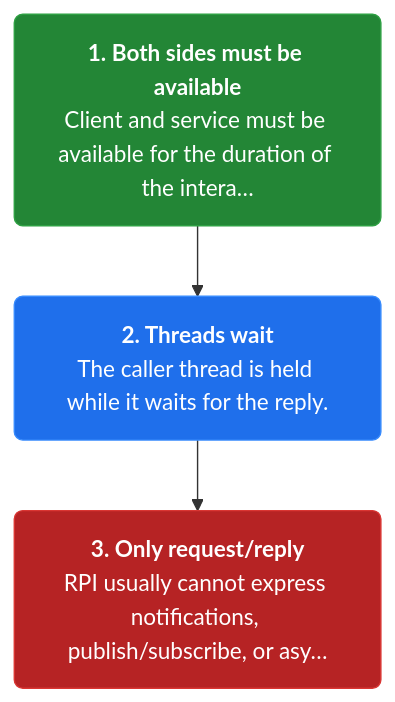
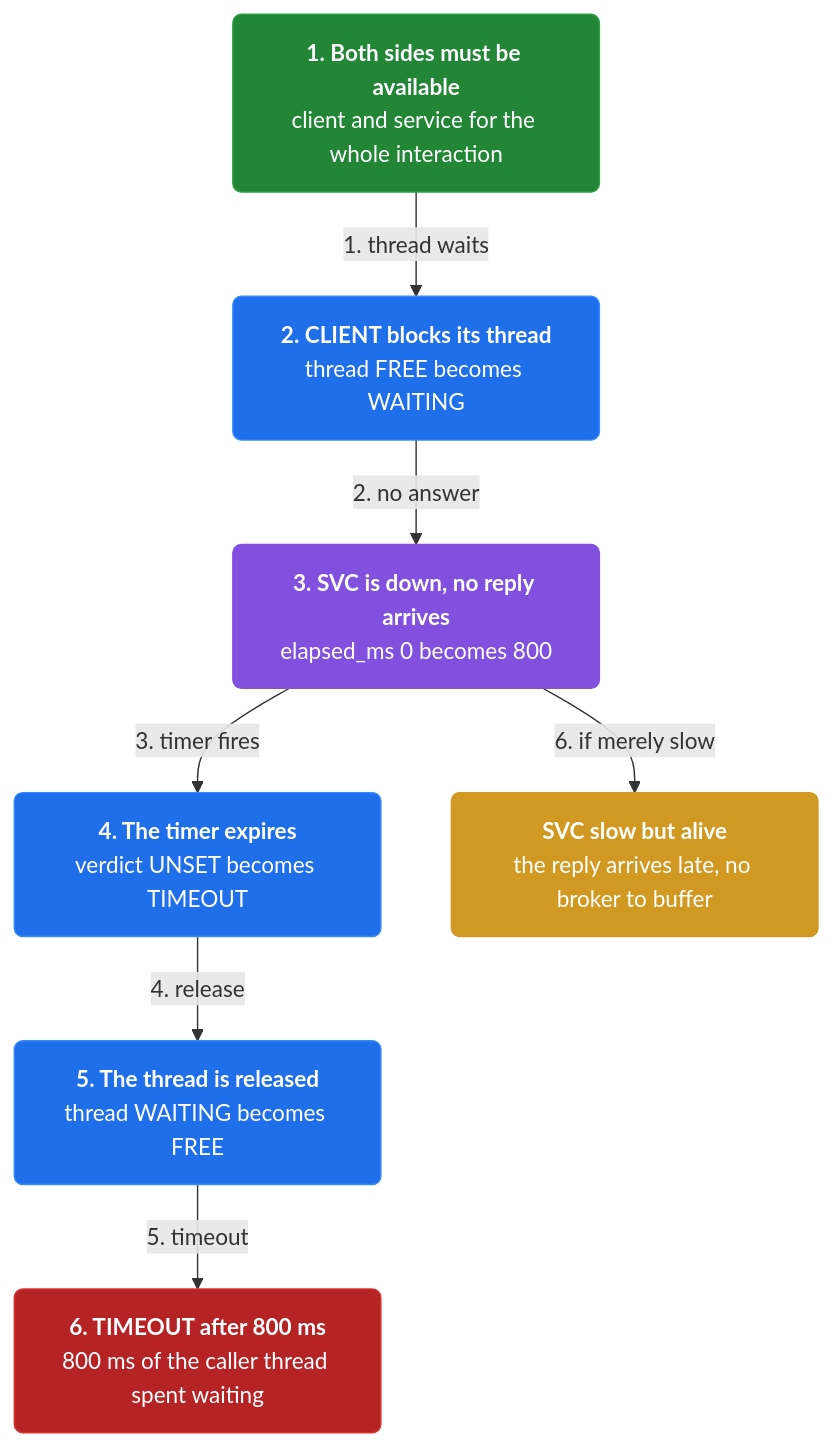
Before and after one commit to vinayakuber/microservices-io-study-guide: the third of 4 diagrams in docs/ch06-remote-procedure-invocation.md, drawn with Mermaid. The commit also changed other lines of this file and 46 other files, not shown here.

First line of the commit message:
Author rich branching flow diagrams for all 44 chapters

````diff
--- a/docs/ch06-remote-procedure-invocation.md
+++ b/docs/ch06-remote-procedure-invocation.md
@@ -94,11 +123,21 @@
 ```mermaid
 flowchart TD
-  classDef step fill:#1f6feb,color:#ffffff,stroke:#388bfd,stroke-width:1px,rx:6
+  classDef step fill:#1f6feb,color:#ffffff,stroke:#388bfd,rx:6
+  classDef core fill:#8250df,color:#ffffff,stroke:#8250df,rx:6
+  classDef warn fill:#d29922,color:#ffffff,stroke:#d29922,rx:6
   classDef start fill:#238636,color:#ffffff,stroke:#2ea043,rx:6
   classDef stop fill:#b62324,color:#ffffff,stroke:#da3633,rx:6
-  s2n0["<b>1. Both sides must be available</b><br/>Client and service must be available for the duration of the intera…"]:::start
-  s2n1["<b>2. Threads wait</b><br/>The caller thread is held while it waits for the reply."]:::step
-  s2n2["<b>3. Only request/reply</b><br/>RPI usually cannot express notifications, publish/subscribe, or asy…"]:::stop
-  s2n0 --> s2n1
-  s2n1 --> s2n2
+  n0["<b>1. Both sides must be available</b><br/>client and service for the whole interaction"]:::start
+  n1["<b>2. CLIENT blocks its thread</b><br/>thread FREE becomes WAITING"]:::step
+  n2["<b>3. SVC is down, no reply arrives</b><br/>elapsed_ms 0 becomes 800"]:::core
+  n3["<b>4. The timer expires</b><br/>verdict UNSET becomes TIMEOUT"]:::step
+  n4["<b>5. The thread is released</b><br/>thread WAITING becomes FREE"]:::step
+  n5["<b>6. TIMEOUT after 800 ms</b><br/>800 ms of the caller thread spent waiting"]:::stop
+  n6["<b>SVC slow but alive</b><br/>the reply arrives late, no broker to buffer"]:::warn
+  n0 -->|"1. thread waits"| n1
+  n1 -->|"2. no answer"| n2
+  n2 -->|"3. timer fires"| n3
+  n3 -->|"4. release"| n4
+  n4 -->|"5. timeout"| n5
+  n2 -->|"6. if merely slow"| n6
 ```
````
